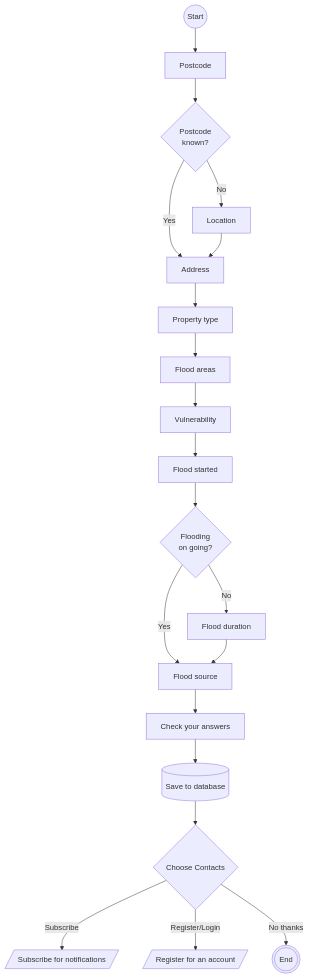
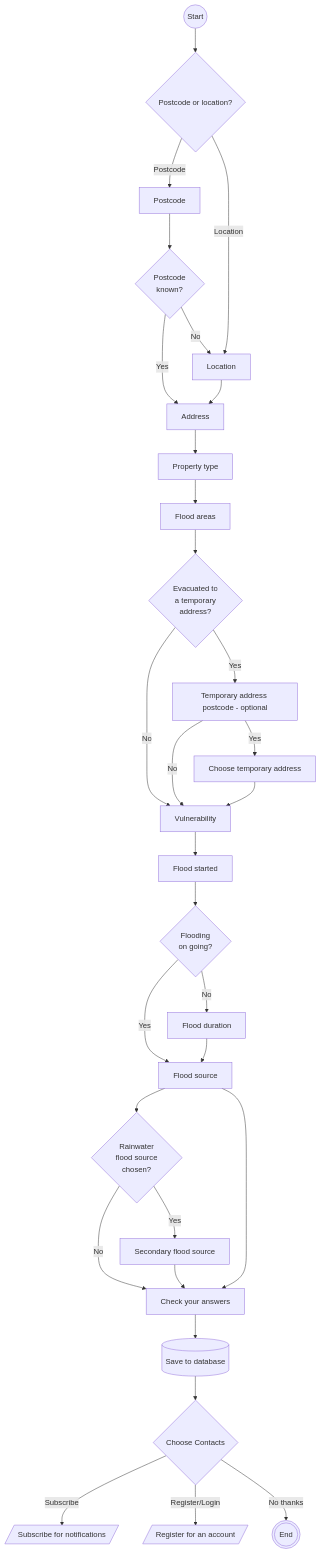
The diagram in docs/flows/create_flood_report.md (Dorset-Council-UK/FloodOnlineReportingTool.Public), drawn with Mermaid before and after one commit.

Commit message:
Updated flow diagram

````diff
--- a/docs/flows/create_flood_report.md
+++ b/docs/flows/create_flood_report.md
@@ -3,22 +3,33 @@
 ```mermaid
 flowchart TB
-    Index((Start)) --> Postcode
+    Index((Start)) --> PostcodeOrLocation{Postcode or location?}
+    PostcodeOrLocation -- Postcode --> Postcode
     Postcode --> PostcodeKnown{Postcode<br>known?}
     PostcodeKnown -- Yes --> Address
     PostcodeKnown -- No --> Location
+    PostcodeOrLocation -- Location --> Location
     Location --> Address
     Address --> PropertyType[Property type]
     PropertyType --> FloodAreas[Flood areas]
-    FloodAreas --> Vulnerability
+    FloodAreas --> TemporaryAddress{Evacuated to <br>a temporary <br>address?}
+    TemporaryAddress -- Yes --> TempAddress[Temporary address postcode - optional]
+    TemporaryAddress -- No --> Vulnerability
+    TempAddress -- Yes --> ChooseTempAddress[Choose temporary address]
+    TempAddress -- No --> Vulnerability
+    ChooseTempAddress --> Vulnerability
     Vulnerability --> FloodStarted[Flood started]
     FloodStarted --> OngoingFlooding{Flooding<br>on going?}
     OngoingFlooding -- Yes --> FloodSource[Flood source]
     OngoingFlooding -- No --> FloodDuration[Flood duration]
     FloodDuration --> FloodSource
+    FloodSource --> SecondaryFloodSourceRainwater{Rainwater<br>flood source<br>chosen?}
+    SecondaryFloodSourceRainwater -- Yes --> SecondaryFloodSourceType[Secondary flood source]
+    SecondaryFloodSourceRainwater -- No --> Summary[Check your answers]
+    SecondaryFloodSourceType --> Summary
     FloodSource --> Summary[Check your answers]
     Summary --> Save[(Save to database)]
     Save --> Notifications{Choose Contacts}
     Notifications -- Subscribe --> SubscribeFlow[/Subscribe for notifications/]
     Notifications -- Register/Login --> RegistrationFlow[/Register for an account/]
     Notifications -- No thanks --> Confirmation((( End )))
 ```
````
